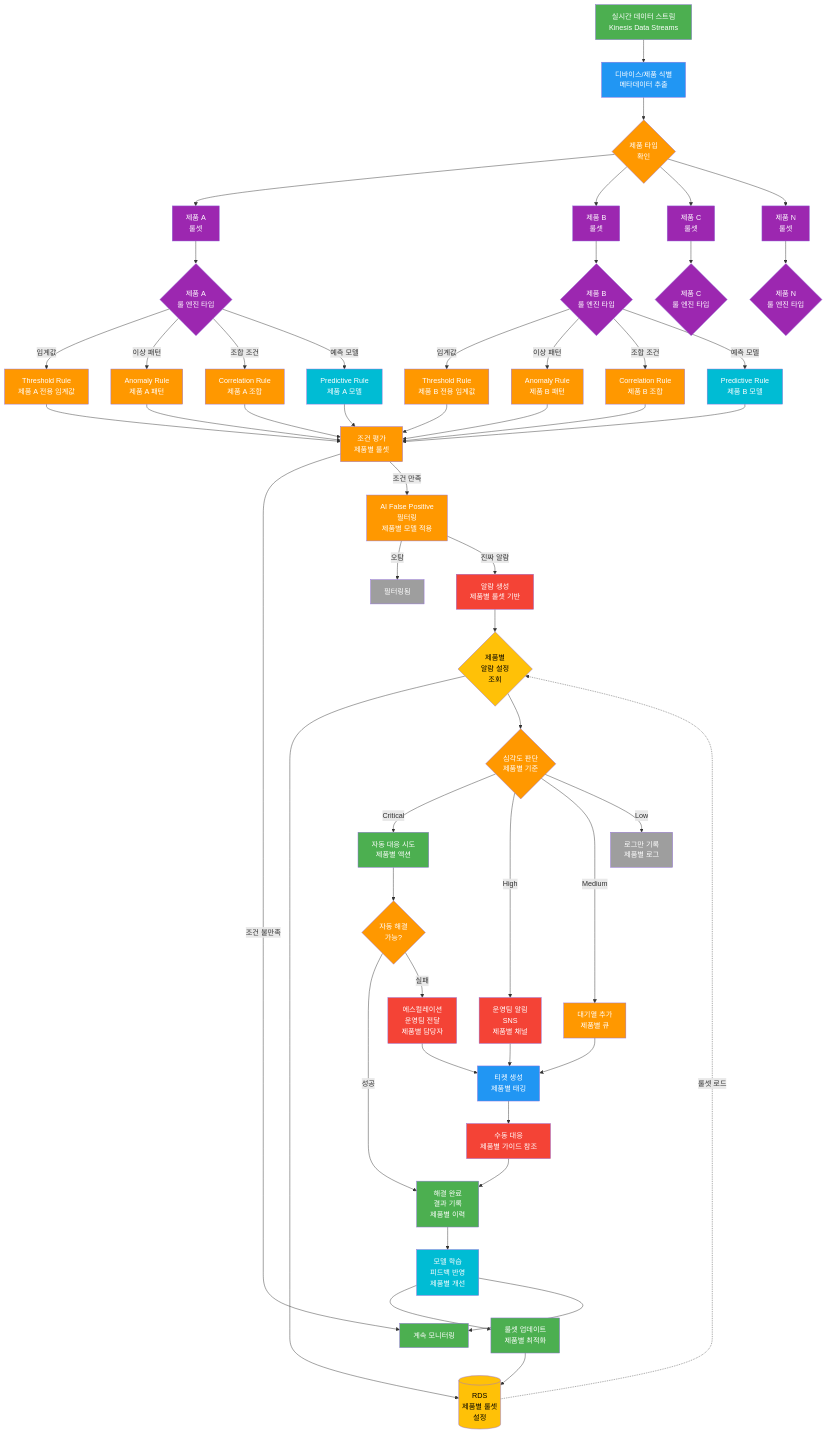
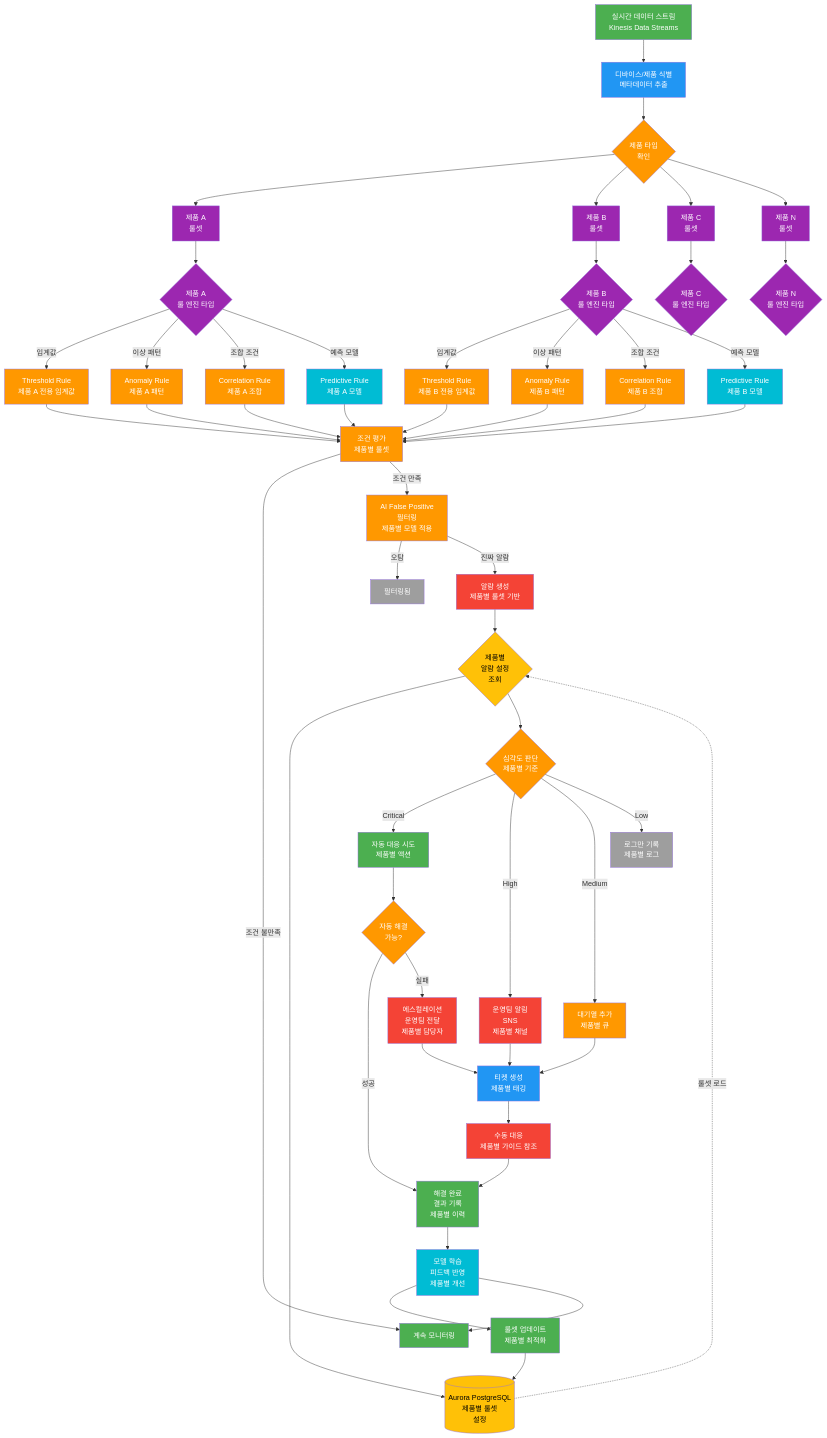
The fifth of 13 diagrams in 10.planning/00.doc/PROCESS_FLOW.md (jeonsanghoon/mzc_2026), drawn with Mermaid before and after one commit. The commit also changed other lines of this file and 10 other files, not shown here.

```diff
--- a/10.planning/00.doc/PROCESS_FLOW.md
+++ b/10.planning/00.doc/PROCESS_FLOW.md
@@ -1108,7 +1204,7 @@
     Filter -->|진짜 알람| CreateAlarm[알람 생성<br/>제품별 룰셋 기반]
     
     CreateAlarm --> RuleConfig{제품별<br/>알람 설정<br/>조회}
-    RuleConfig --> RDSRules[(RDS<br/>제품별 룰셋<br/>설정)]
+    RuleConfig --> RDSRules[(Aurora PostgreSQL<br/>제품별 룰셋<br/>설정)]
     RDSRules -.->|룰셋 로드| RuleConfig
     
     RuleConfig --> Priority{심각도 판단<br/>제품별 기준}
```
